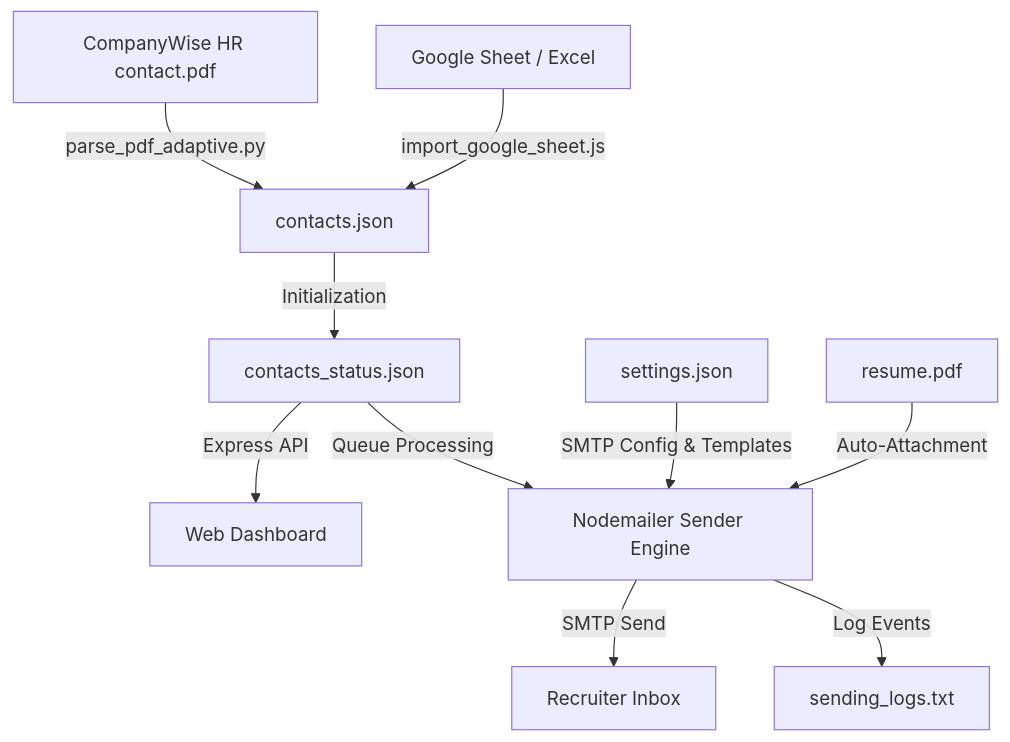
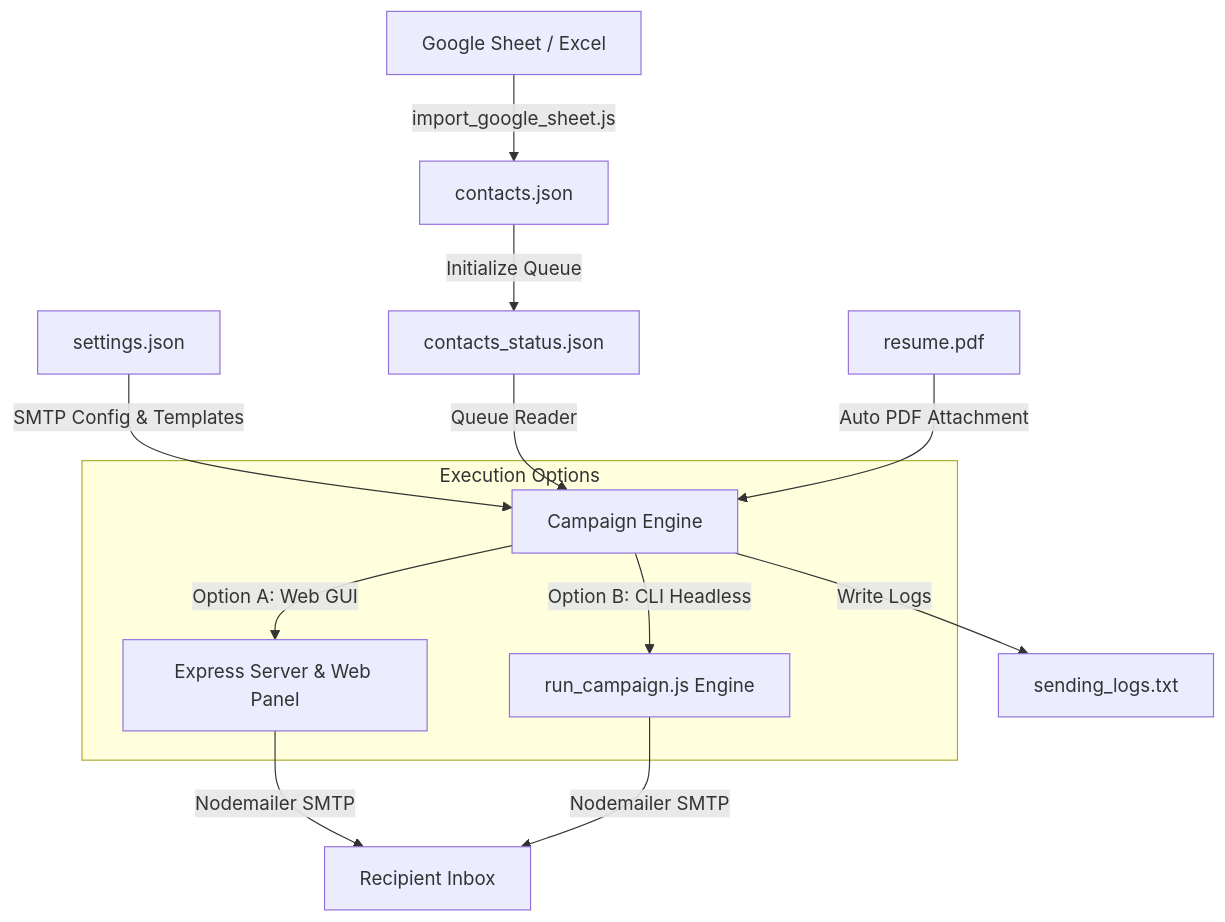
The diagram in README.md (keshav9926/emailsender-automated), drawn with Mermaid before and after one commit. The commit also changed other lines of this file, not shown here.

Commit message:
docs: update README with detailed system architecture, features, and CLI/GUI guide

````diff
--- a/README.md
+++ b/README.md
@@ -9,12 +9,17 @@
 ```mermaid
 graph TD
-    A1[CompanyWise HR contact.pdf] -->|parse_pdf_adaptive.py| B[contacts.json]
-    A2[Google Sheet / Excel] -->|import_google_sheet.js| B
-    B -->|Initialization| C[contacts_status.json]
-    C -->|Express API| D[Web Dashboard]
-    E[settings.json] -->|SMTP Config & Templates| F[Nodemailer Sender Engine]
-    C -->|Queue Processing| F
-    G[resume.pdf] -->|Auto-Attachment| F
-    F -->|SMTP Send| H[Recruiter Inbox]
-    F -->|Log Events| I[sending_logs.txt]
+    A[Google Sheet / Excel] -->|import_google_sheet.js| B[contacts.json]
+    B -->|Initialize Queue| C[contacts_status.json]
+    D[settings.json] -->|SMTP Config & Templates| E[Campaign Engine]
+    C -->|Queue Reader| E
+    F[resume.pdf] -->|Auto PDF Attachment| E
+    
+    subgraph Execution Options
+        E -->|Option A: Web GUI| G[Express Server & Web Panel]
+        E -->|Option B: CLI Headless| H[run_campaign.js Engine]
+    end
+
+    G -->|Nodemailer SMTP| I[Recipient Inbox]
+    H -->|Nodemailer SMTP| I
+    E -->|Write Logs| J[sending_logs.txt]
 ```
````
